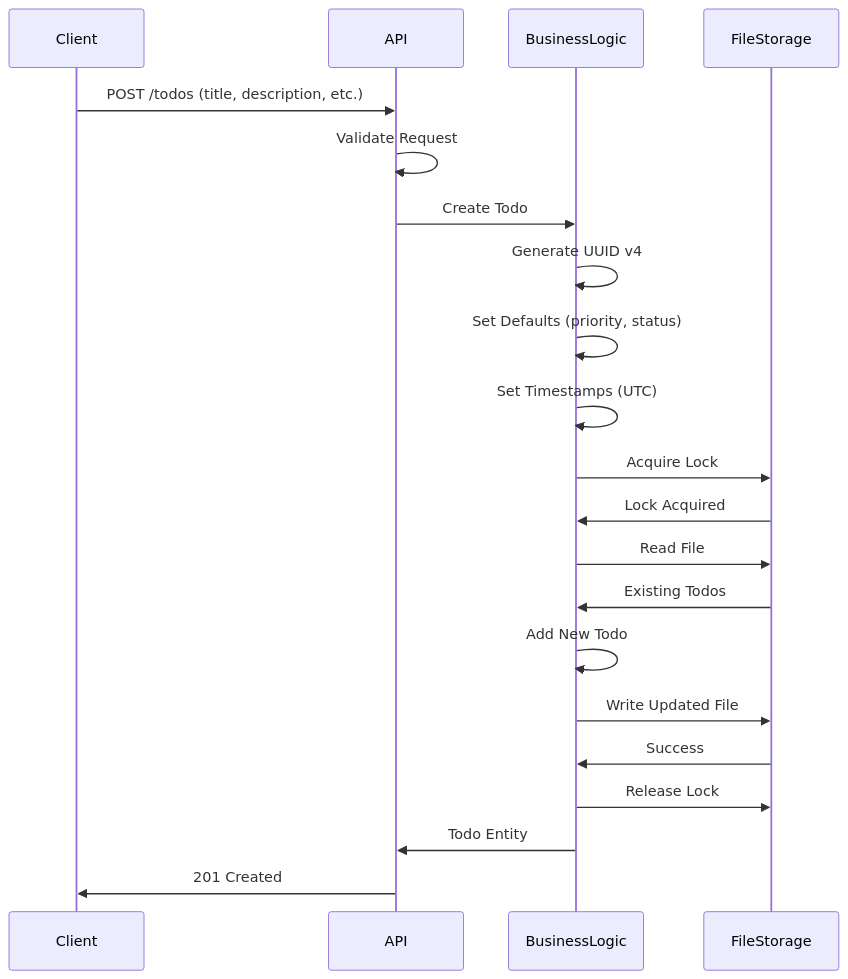
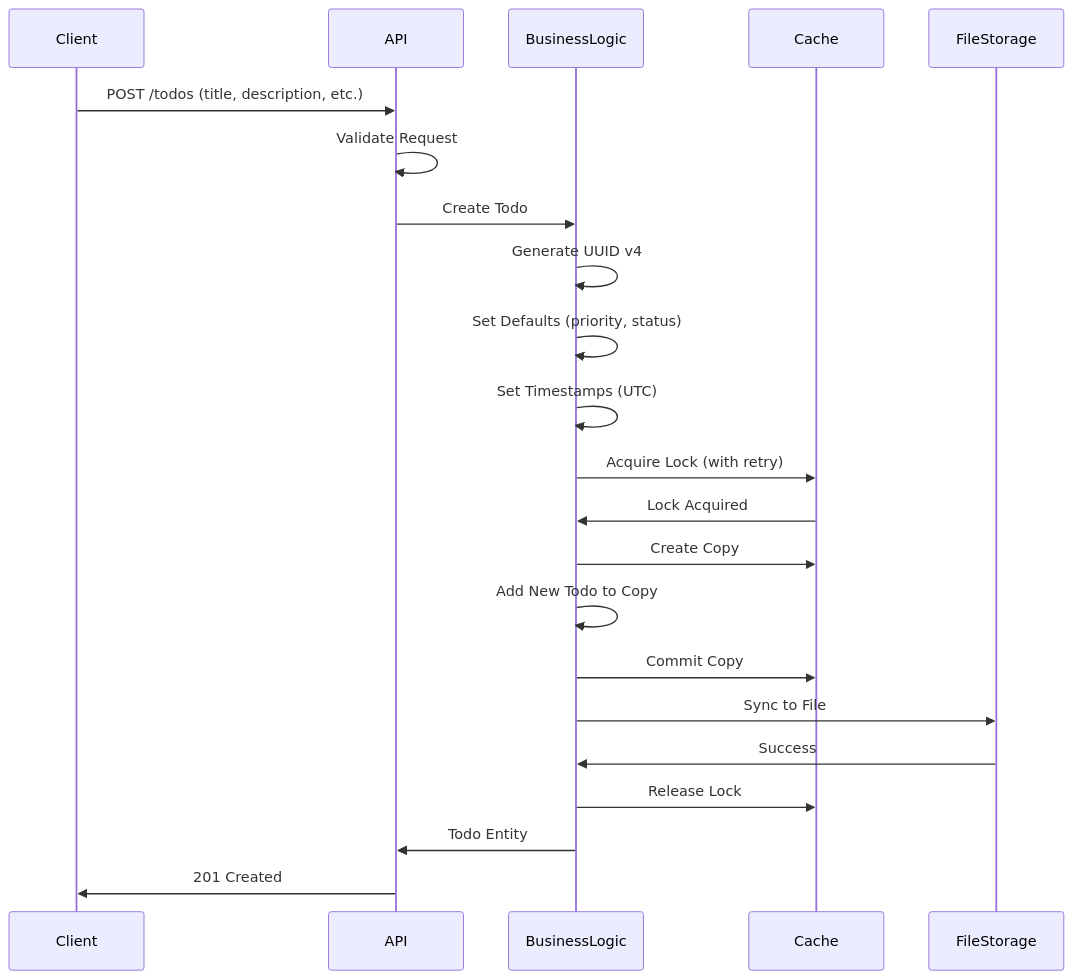
One commit to midearth-labs/web-agent-protocol changed the eighth of 11 diagrams in todo-app/docs/design/hld.md. Above: the diagram before and after it, drawn with Mermaid. The commit also changed other lines of this file and 2 other files, not shown here.

````diff
--- a/todo-app/docs/design/hld.md
+++ b/todo-app/docs/design/hld.md
@@ -482,24 +519,25 @@
 ```mermaid
 sequenceDiagram
     participant Client
     participant API
     participant BusinessLogic
+    participant Cache
     participant FileStorage
     
     Client->>API: POST /todos (title, description, etc.)
     API->>API: Validate Request
     API->>BusinessLogic: Create Todo
     BusinessLogic->>BusinessLogic: Generate UUID v4
     BusinessLogic->>BusinessLogic: Set Defaults (priority, status)
     BusinessLogic->>BusinessLogic: Set Timestamps (UTC)
-    BusinessLogic->>FileStorage: Acquire Lock
-    FileStorage->>BusinessLogic: Lock Acquired
-    BusinessLogic->>FileStorage: Read File
-    FileStorage->>BusinessLogic: Existing Todos
-    BusinessLogic->>BusinessLogic: Add New Todo
-    BusinessLogic->>FileStorage: Write Updated File
+    BusinessLogic->>Cache: Acquire Lock (with retry)
+    Cache->>BusinessLogic: Lock Acquired
+    BusinessLogic->>Cache: Create Copy
+    BusinessLogic->>BusinessLogic: Add New Todo to Copy
+    BusinessLogic->>Cache: Commit Copy
+    BusinessLogic->>FileStorage: Sync to File
     FileStorage->>BusinessLogic: Success
-    BusinessLogic->>FileStorage: Release Lock
+    BusinessLogic->>Cache: Release Lock
     BusinessLogic->>API: Todo Entity
     API->>Client: 201 Created
 ```
````
